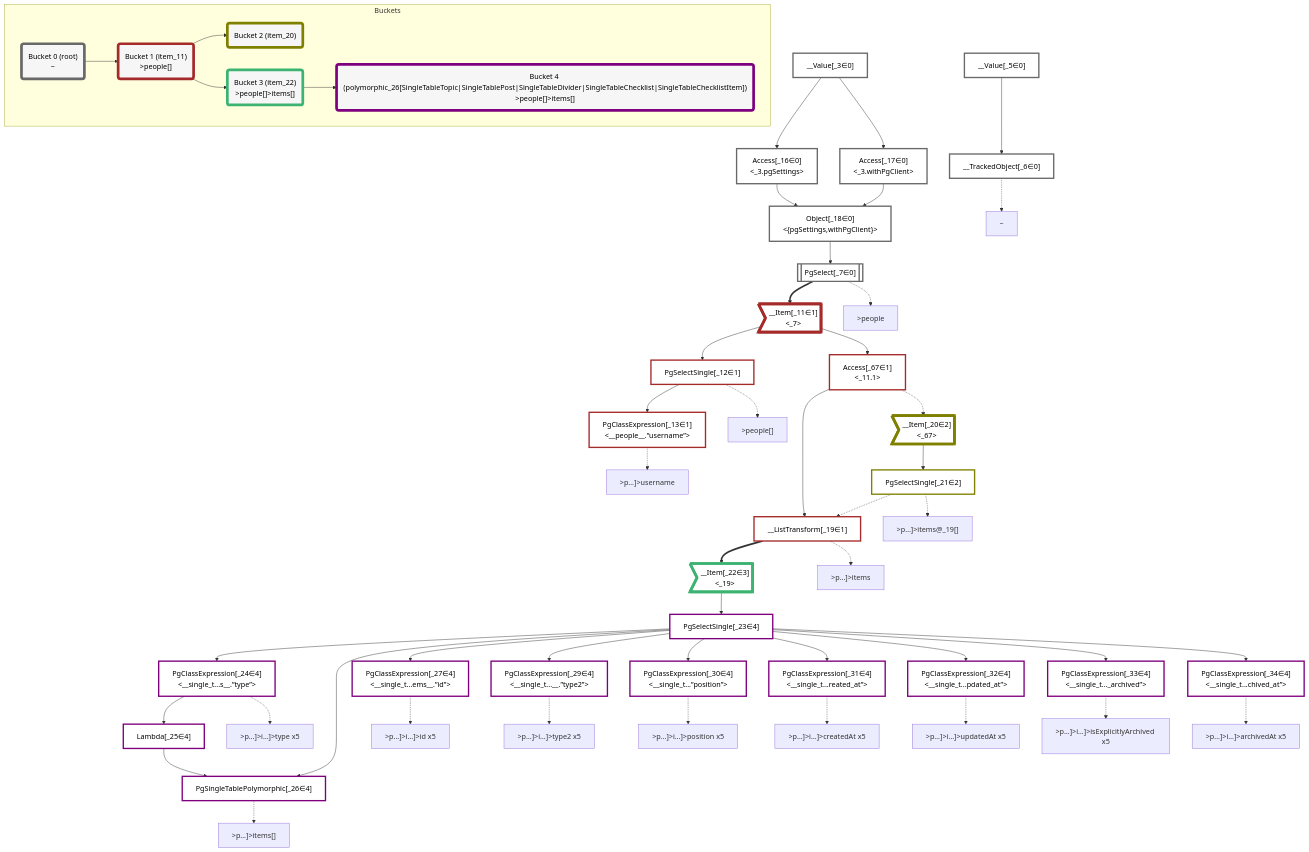
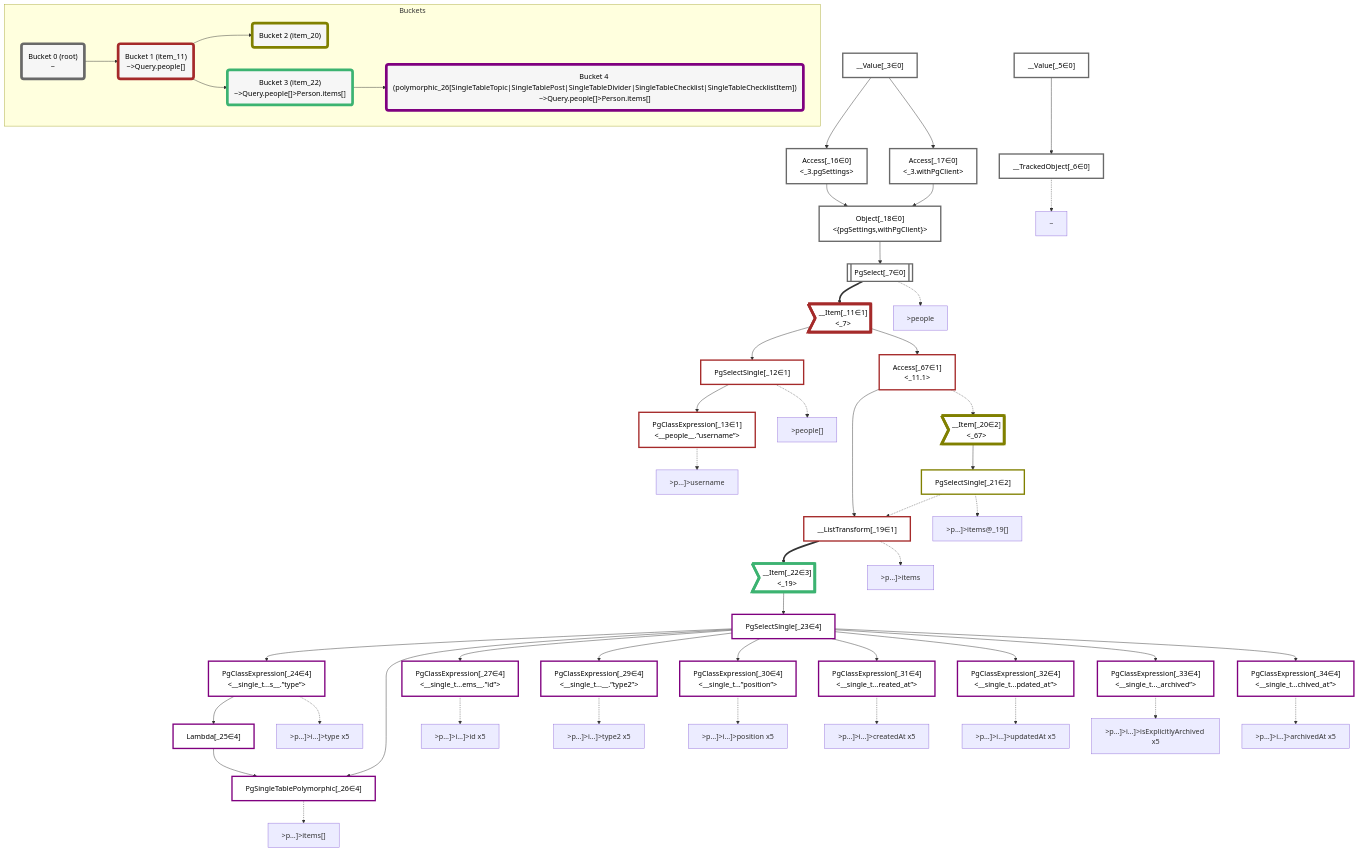
The diagram in packages/dataplan-pg/__tests__/queries/interfaces-single-table/basics.mermaid.md (graphile/crystal), drawn with Mermaid before and after one commit. The commit also changed 141 other files, not shown here.

```diff
--- a/packages/dataplan-pg/__tests__/queries/interfaces-single-table/basics.mermaid.md
+++ b/packages/dataplan-pg/__tests__/queries/interfaces-single-table/basics.mermaid.md
@@ -111,16 +111,16 @@
     subgraph Buckets
     Bucket0("Bucket 0 (root)<br />~"):::bucket
     style Bucket0 stroke:#696969
-    Bucket1("Bucket 1 (item_11)<br />>people[]"):::bucket
+    Bucket1("Bucket 1 (item_11)<br />~>Query.people[]"):::bucket
     style Bucket1 stroke:#a52a2a
     Bucket0 --> Bucket1
     Bucket2("Bucket 2 (item_20)"):::bucket
     style Bucket2 stroke:#808000
     Bucket1 --> Bucket2
-    Bucket3("Bucket 3 (item_22)<br />>people[]>items[]"):::bucket
+    Bucket3("Bucket 3 (item_22)<br />~>Query.people[]>Person.items[]"):::bucket
     style Bucket3 stroke:#3cb371
     Bucket1 --> Bucket3
-    Bucket4("Bucket 4 (polymorphic_26[SingleTableTopic|SingleTablePost|SingleTableDivider|SingleTableChecklist|SingleTableChecklistItem])<br />>people[]>items[]"):::bucket
+    Bucket4("Bucket 4 (polymorphic_26[SingleTableTopic|SingleTablePost|SingleTableDivider|SingleTableChecklist|SingleTableChecklistItem])<br />~>Query.people[]>Person.items[]"):::bucket
     style Bucket4 stroke:#7f007f
     Bucket3 --> Bucket4
     end
```
